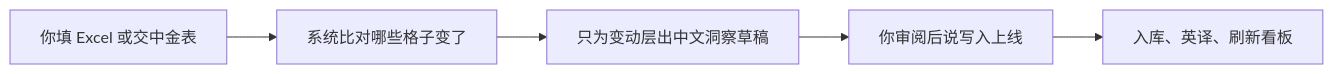
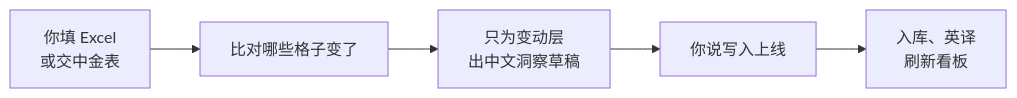
Before and after one commit to ZEYICHEN-md/ir-workbench: the fifth of 7 diagrams in docs/HANDOVER.md, drawn with Mermaid. The commit also changed other lines of this file, not shown here.

First line of the commit message:
Restore the handover's chapter skeleton and architecture diagrams, and rewrite the prose in plain Chinese.

````diff
--- a/docs/HANDOVER.md
+++ b/docs/HANDOVER.md
@@ -132,7 +178,7 @@
 ```mermaid
 flowchart LR
-    A[你填 Excel 或交中金表] --> B[系统比对哪些格子变了]
-    B --> C[只为变动层出中文洞察草稿]
-    C --> D[你审阅后说写入上线]
-    D --> E[入库、英译、刷新看板]
+    A["你填 Excel<br>或交中金表"] --> B["比对哪些格子变了"]
+    B --> C["只为变动层<br>出中文洞察草稿"]
+    C --> D["你说写入上线"]
+    D --> E["入库、英译<br>刷新看板"]
 ```
````
